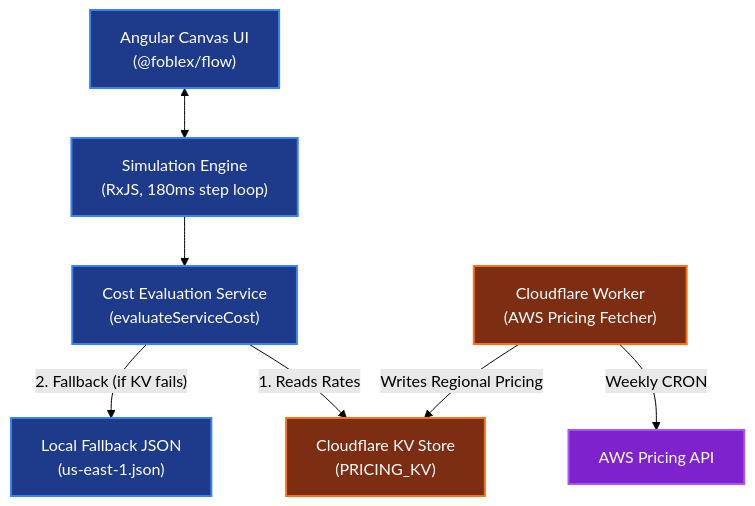
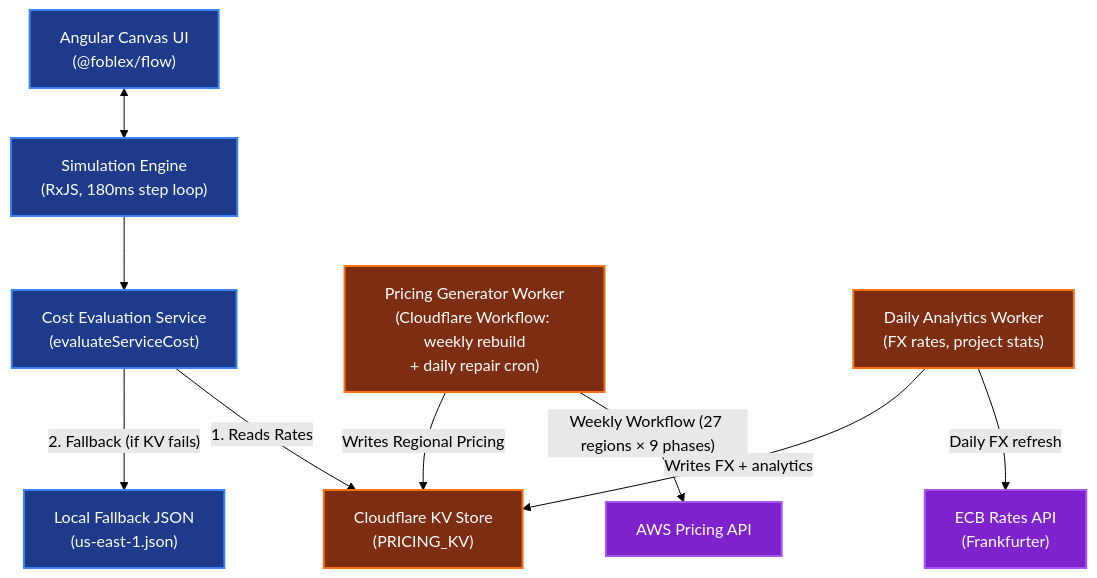
The first of 2 diagrams in README.md (000Sushant/system-design-simulator), drawn with Mermaid (forest theme) before and after one commit. The commit also changed other lines of this file and 67 other files, not shown here.

Commit message:
- Implemented a Cloudflare Worker that refreshes USD exchange rates and project analytics daily. - Refactored existing worker structure - Added working engine and cost accuracy benchmark report - Improved cost accuracy param

````diff
--- a/README.md
+++ b/README.md
@@ -76,24 +84,28 @@
 ```mermaid
 graph TD
     %% Styling
     classDef frontend fill:#1e3a8a,stroke:#3b82f6,stroke-width:2px,color:#fff;
     classDef worker fill:#7c2d12,stroke:#f97316,stroke-width:2px,color:#fff;
     classDef aws fill:#7e22ce,stroke:#a855f7,stroke-width:2px,color:#fff;
 
     %% Nodes
     A["Angular Canvas UI<br/>(@foblex/flow)"]:::frontend
     B["Simulation Engine<br/>(RxJS, 180ms step loop)"]:::frontend
     C["Cost Evaluation Service<br/>(evaluateServiceCost)"]:::frontend
-    D["Cloudflare Worker<br/>(AWS Pricing Fetcher)"]:::worker
+    D["Pricing Generator Worker<br/>(Cloudflare Workflow: weekly rebuild<br/>+ daily repair cron)"]:::worker
+    H["Daily Analytics Worker<br/>(FX rates, project stats)"]:::worker
     E["Cloudflare KV Store<br/>(PRICING_KV)"]:::worker
     F["Local Fallback JSON<br/>(us-east-1.json)"]:::frontend
     G["AWS Pricing API"]:::aws
+    I["ECB Rates API<br/>(Frankfurter)"]:::aws
 
     %% Connections
     A <--> B
     B --> C
     C -- "1. Reads Rates" --> E
     C -- "2. Fallback (if KV fails)" --> F
-    D -- "Weekly CRON" --> G
+    D -- "Weekly Workflow (27 regions × 9 phases)" --> G
     D -- "Writes Regional Pricing" --> E
+    H -- "Daily FX refresh" --> I
+    H -- "Writes FX + analytics" --> E
 ```
````
